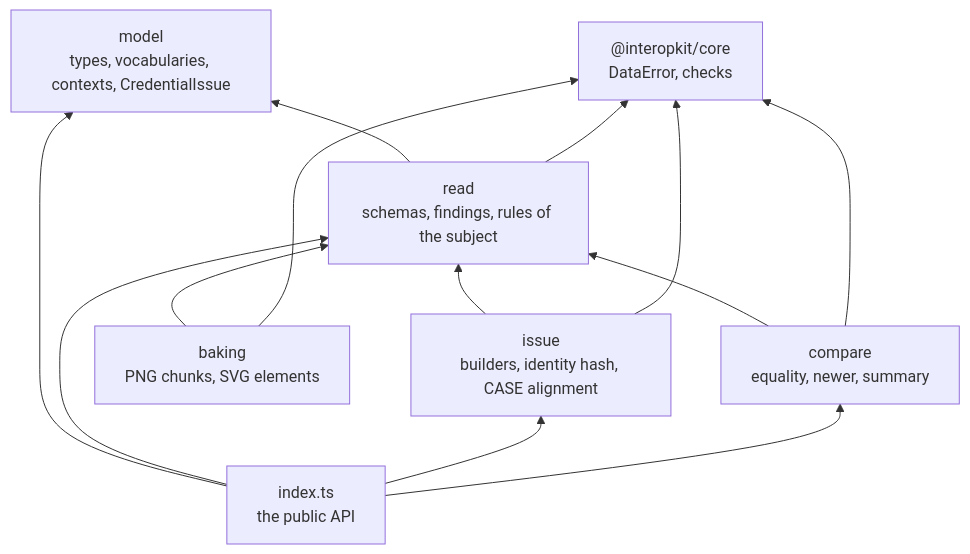
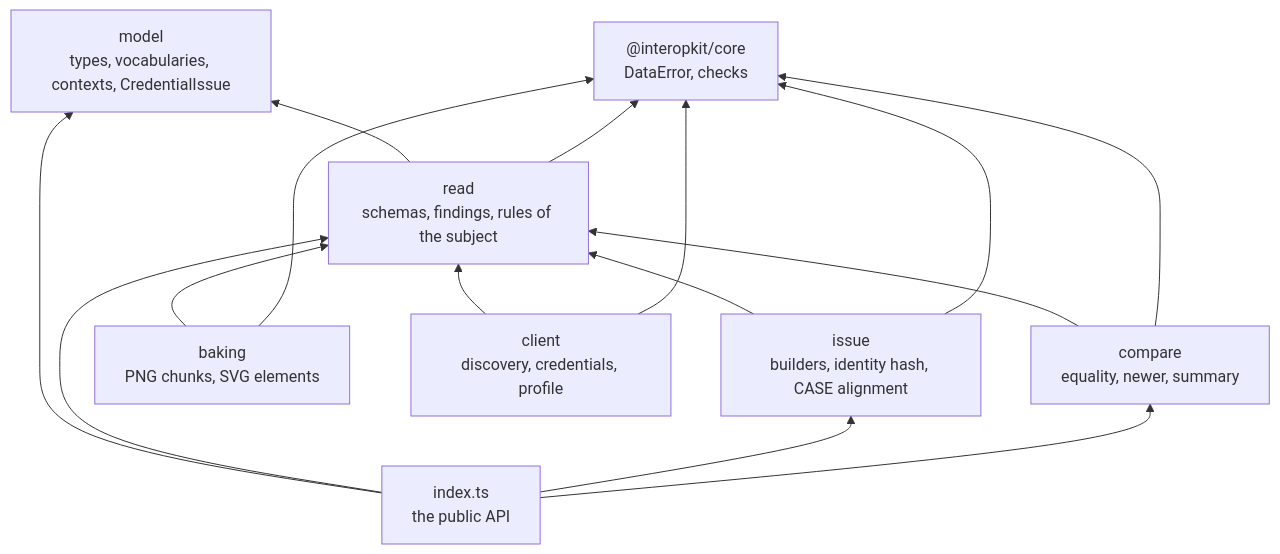
One commit to interopkit/interopkit changed the first of 2 diagrams in docs/achievement-credentials/architecture.md. Above: the diagram before and after it, drawn with Mermaid. The commit also changed other lines of this file and 40 other files, not shown here.

First line of the commit message:
Add the client of the Open Badges and CLR APIs to achievement-credentials

````diff
--- a/docs/achievement-credentials/architecture.md
+++ b/docs/achievement-credentials/architecture.md
@@ -9,22 +9,25 @@
 ```mermaid
 flowchart BT
   core["@interopkit/core<br/>DataError, checks"]
   model["model<br/>types, vocabularies, contexts, CredentialIssue"]
   read["read<br/>schemas, findings, rules of the subject"]
   issue["issue<br/>builders, identity hash, CASE alignment"]
   compare["compare<br/>equality, newer, summary"]
   baking["baking<br/>PNG chunks, SVG elements"]
+  client["client<br/>discovery, credentials, profile"]
   root["index.ts<br/>the public API"]
   read --> model
   read --> core
   issue --> read
   issue --> core
   compare --> read
   compare --> core
   baking --> read
   baking --> core
+  client --> read
+  client --> core
   root --> model
   root --> read
   root --> issue
   root --> compare
 ```
````
